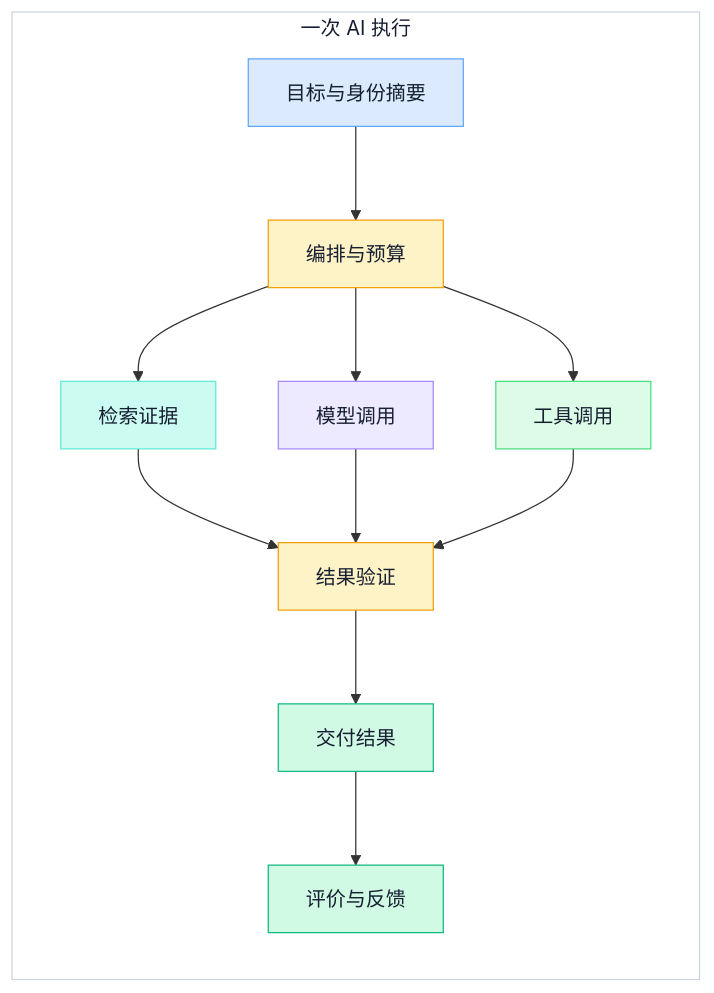
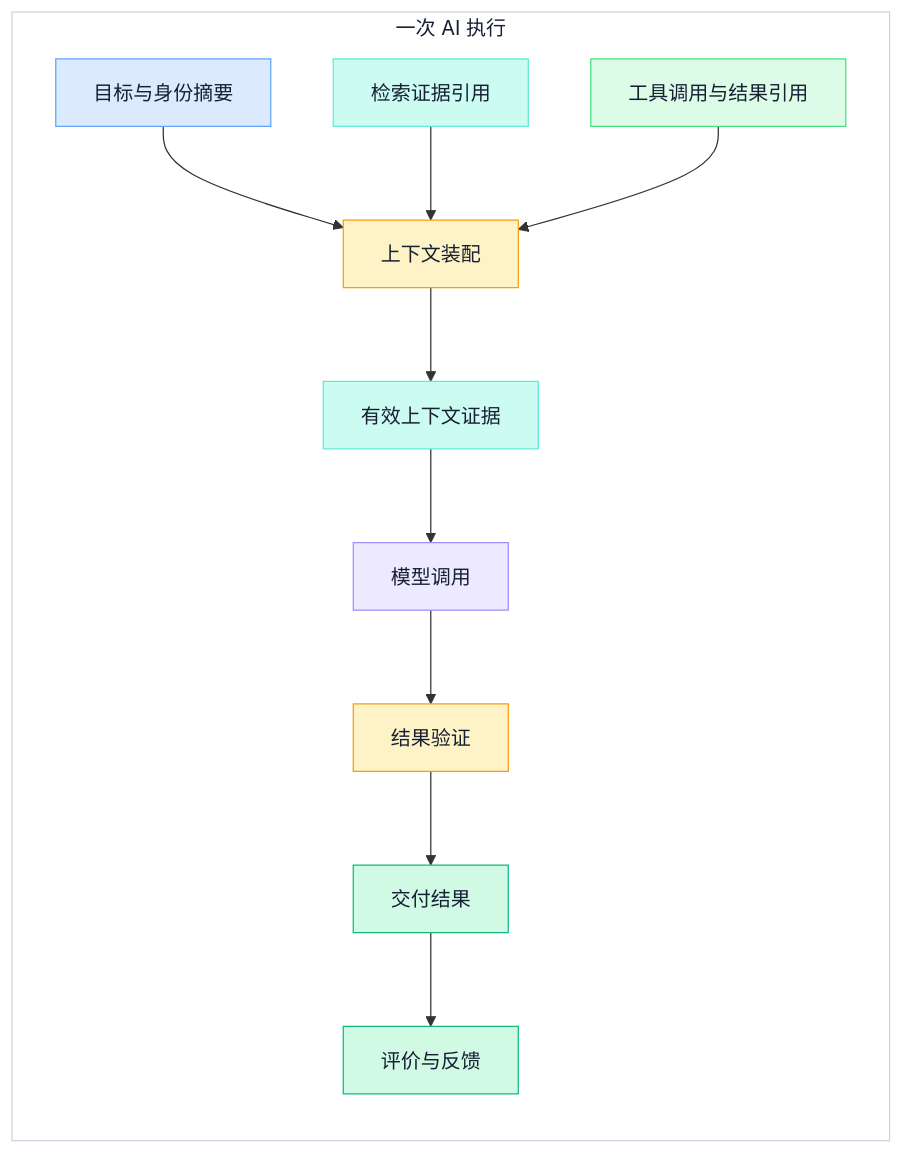
Before and after one commit to ink-hz/AI-Agent-Platform: the first of 3 diagrams in backend/app/ai_notes/content/04-ai-engineering/04-llm-agent-observability.md, drawn with Mermaid. The commit also changed other lines of this file and 1 other file, not shown here.

````diff
--- a/backend/app/ai_notes/content/04-ai-engineering/04-llm-agent-observability.md
+++ b/backend/app/ai_notes/content/04-ai-engineering/04-llm-agent-observability.md
@@ -54,31 +54,30 @@
 ```mermaid
 flowchart LR
     accTitle: LLM Agent 端到端证据链
-    accDescr: 一次目标从入口进入受控编排，检索、模型和工具步骤分别留下版本与结果证据，验证后形成可交付结果和反馈关联。
+    accDescr: 一次目标与检索、工具结果进入上下文装配，实际有效上下文形成不可变证据后送入模型调用，再经过验证、交付和反馈关联。
 
     subgraph RUN["一次 AI 执行"]
-        A[目标与身份摘要] --> B[编排与预算]
-        B --> C[检索证据]
-        B --> D[模型调用]
-        B --> E[工具调用]
-        C --> F[结果验证]
-        D --> F
-        E --> F
+        A[目标与身份摘要] --> B[上下文装配]
+        C[检索证据引用] --> B
+        E[工具调用与结果引用] --> B
+        B --> X[有效上下文证据]
+        X --> D[模型调用]
+        D --> F[结果验证]
         F --> G[交付结果]
         G --> H[评价与反馈]
     end
 
     classDef input fill:#DBEAFE,stroke:#60A5FA,color:#172033;
     classDef policy fill:#FEF3C7,stroke:#F59E0B,color:#172033;
     classDef data fill:#CCFBF1,stroke:#5EEAD4,color:#172033;
     classDef model fill:#EDE9FE,stroke:#A78BFA,color:#172033;
     classDef tool fill:#DCFCE7,stroke:#4ADE80,color:#172033;
     classDef success fill:#D1FAE5,stroke:#10B981,color:#172033;
     class A input;
     class B,F policy;
-    class C data;
+    class C,X data;
     class D model;
     class E tool;
     class G,H success;
     style RUN fill:#FFFFFF,stroke:#CBD5E1,color:#172033;
 ```
````
